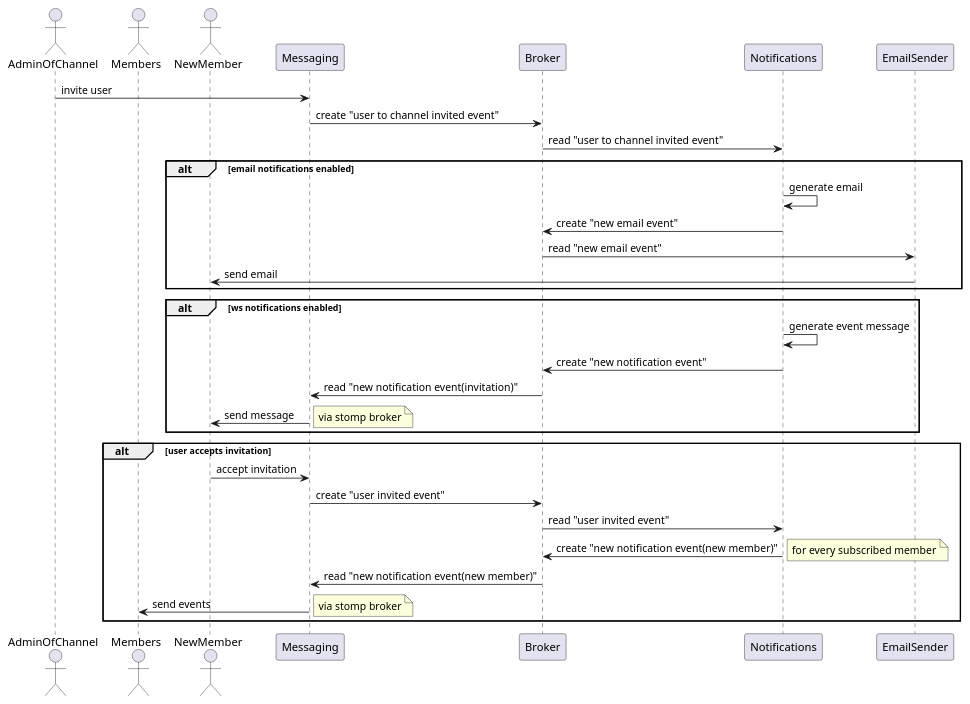
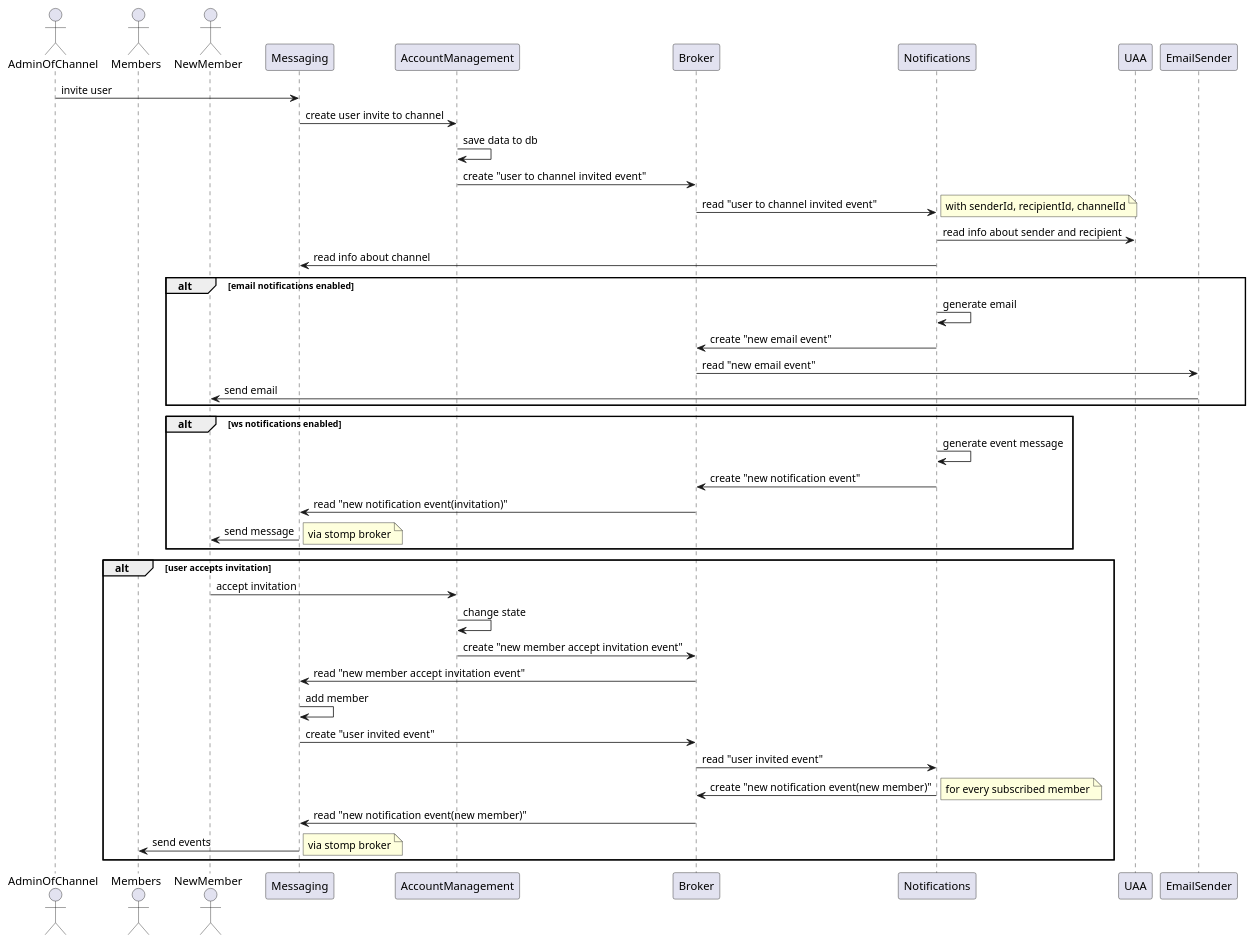
One commit to punchat/docs changed the diagram in uml/invite-user-to-channel.puml. Above: the diagram before and after it, drawn with PlantUML. The commit also changed 3 other files, not shown here.

Commit message:
edit sign-up sequence add model account-management db

```diff
--- a/uml/invite-user-to-channel.puml
+++ b/uml/invite-user-to-channel.puml
@@ -1,39 +1,49 @@
 @startuml
 
 actor AdminOfChannel
 actor Members
 actor NewMember
 
+
 AdminOfChannel -> Messaging: invite user
-Messaging -> Broker: create "user to channel invited event"
+Messaging -> AccountManagement: create user invite to channel
+AccountManagement -> AccountManagement: save data to db
+AccountManagement -> Broker: create "user to channel invited event"
 Broker -> Notifications: read "user to channel invited event"
+note right: with senderId, recipientId, channelId
+Notifications -> UAA: read info about sender and recipient
+Notifications -> Messaging: read info about channel
 
 alt email notifications enabled
     Notifications -> Notifications: generate email
     Notifications -> Broker: create "new email event"
     Broker -> EmailSender: read "new email event"
     EmailSender -> NewMember: send email
 end
 
 alt ws notifications enabled
     Notifications -> Notifications: generate event message
     Notifications -> Broker: create "new notification event"
     Broker -> Messaging: read "new notification event(invitation)"
     Messaging -> NewMember: send message
     note right: via stomp broker
 end
 
 alt user accepts invitation
-    NewMember -> Messaging: accept invitation
+    NewMember -> AccountManagement: accept invitation
+    AccountManagement -> AccountManagement: change state
+    AccountManagement -> Broker: create "new member accept invitation event"
+    Broker -> Messaging: read "new member accept invitation event"
+    Messaging -> Messaging : add member
     Messaging -> Broker: create "user invited event"
     Broker -> Notifications: read "user invited event"
     Notifications -> Broker: create "new notification event(new member)"
     note right
         for every subscribed member
     end note
     Broker -> Messaging: read "new notification event(new member)"
     Messaging -> Members: send events
     note right: via stomp broker
 end
 
 @enduml
```
